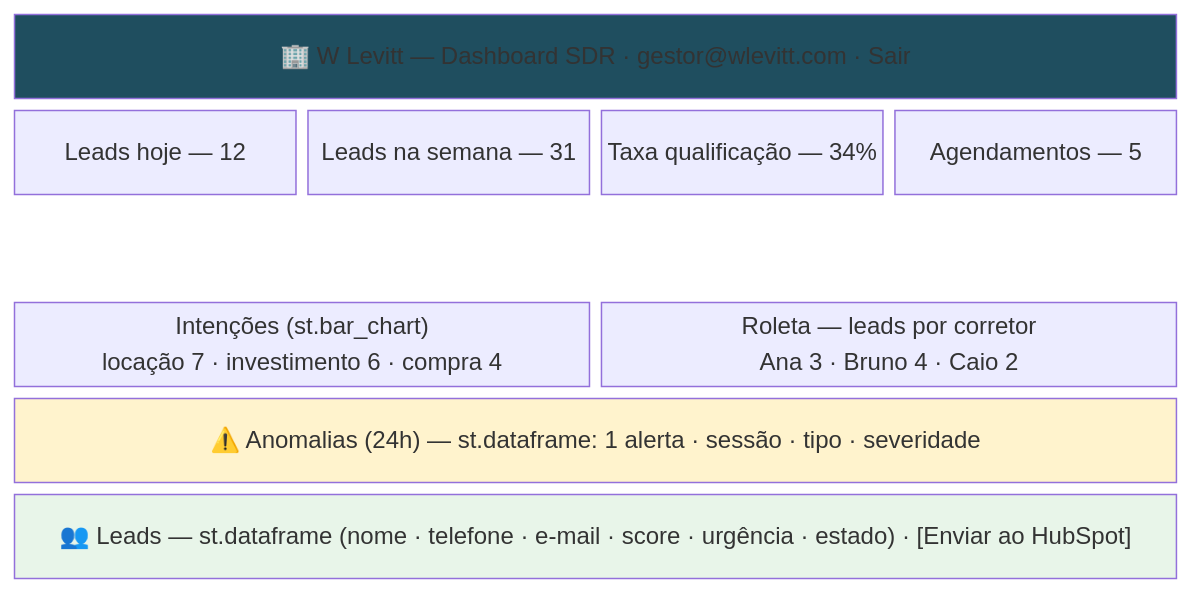
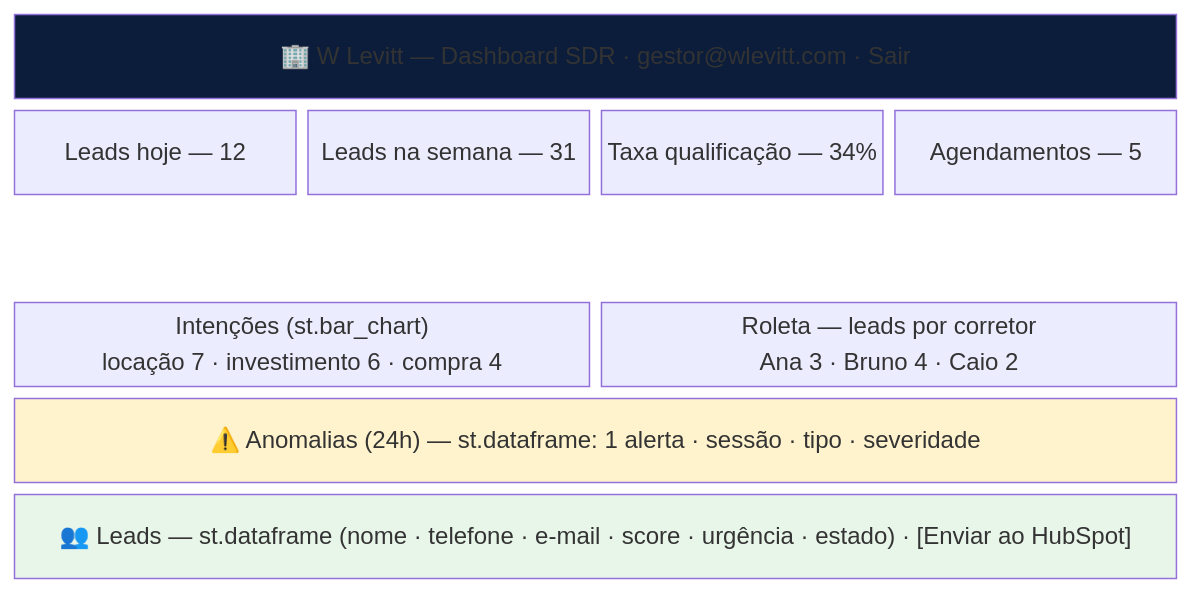
The second of 2 diagrams in 01-aulas-gravadas/05-privacidade-seguranca-de-dados/04-deteccao-de-anomalias/05-tech-challenge/agente-sdr-imobiliario/documentos/POSTECH - Hacka PRD Agente_SDR_Imobiliario - Fase 5.md (paulosobral/fiap-pos-tech-ia-para-devs), drawn with Mermaid before and after one commit. The commit also changed other lines of this file and 8 other files, not shown here.

````diff
--- a/01-aulas-gravadas/05-privacidade-seguranca-de-dados/04-deteccao-de-anomalias/05-tech-challenge/agente-sdr-imobiliario/documentos/POSTECH - Hacka PRD Agente_SDR_Imobiliario - Fase 5.md
+++ b/01-aulas-gravadas/05-privacidade-seguranca-de-dados/04-deteccao-de-anomalias/05-tech-challenge/agente-sdr-imobiliario/documentos/POSTECH - Hacka PRD Agente_SDR_Imobiliario - Fase 5.md
@@ -566,14 +566,14 @@
 ```mermaid
 block-beta
     columns 4
     hd["🏢 W Levitt — Dashboard SDR · gestor@wlevitt.com · Sair"]:4
     m1["Leads hoje — 12"] m2["Leads na semana — 31"] m3["Taxa qualificação — 34%"] m4["Agendamentos — 5"]
     space:4
     g1["Intenções (st.bar_chart)<br/>locação 7 · investimento 6 · compra 4"]:2
     g2["Roleta — leads por corretor<br/>Ana 3 · Bruno 4 · Caio 2"]:2
     an["⚠️ Anomalias (24h) — st.dataframe: 1 alerta · sessão · tipo · severidade"]:4
     ld["👥 Leads — st.dataframe (nome · telefone · e-mail · score · urgência · estado) · [Enviar ao HubSpot]"]:4
-    style hd fill:#1f4e5f,color:#ffffff
+    style hd fill:#0B1D3A,color:#D8A858
     style an fill:#fff3cd
     style ld fill:#e8f5e9
 ```
````
